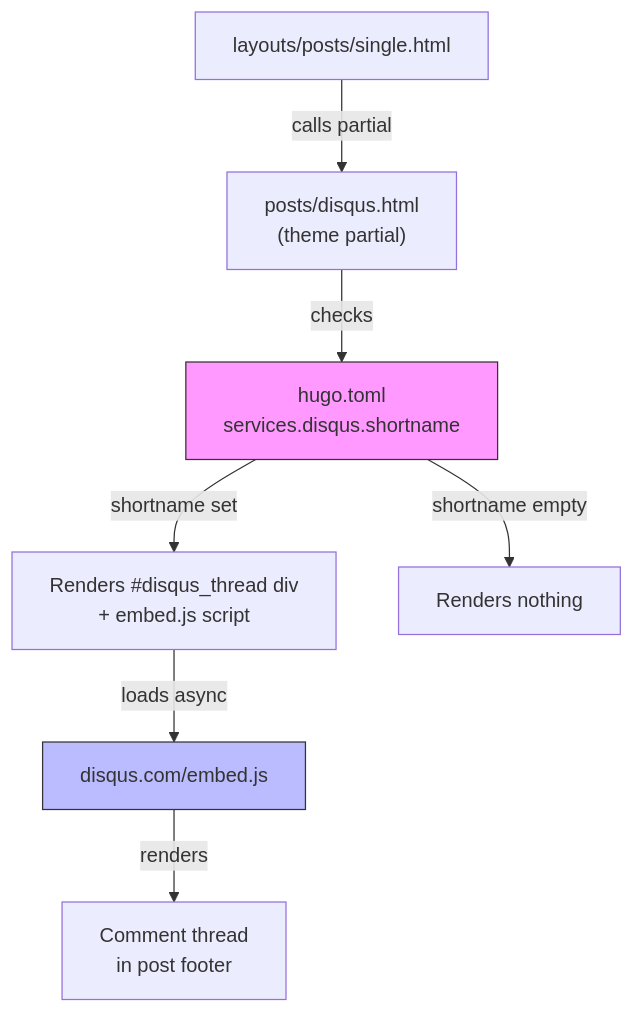
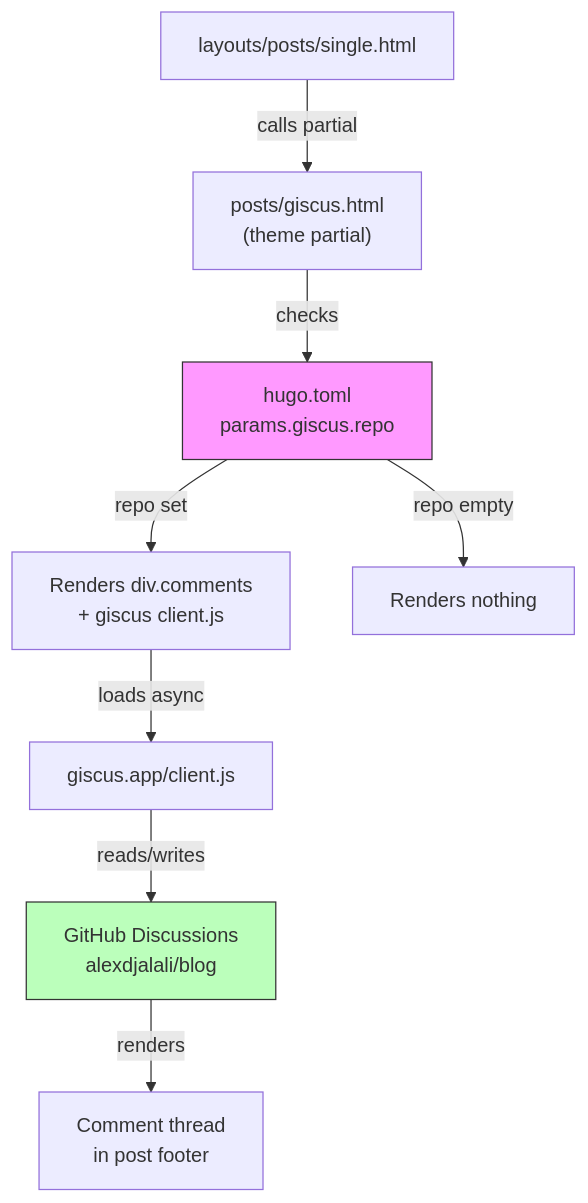
Before and after one commit to alexdjalali/blog: the diagram in docs/adr/0006-disqus-comments-integration.md, drawn with Mermaid. The commit also changed other lines of this file and 1 other file, not shown here.

First line of the commit message:
feat: replace Disqus with Giscus for ad-free GitHub-based comments

````diff
--- a/docs/adr/0006-disqus-comments-integration.md
+++ b/docs/adr/0006-disqus-comments-integration.md
@@ -37,12 +37,13 @@
 ```mermaid
 graph TD
-    A["layouts/posts/single.html"] -->|"calls partial"| B["posts/disqus.html<br/>(theme partial)"]
-    B -->|"checks"| C["hugo.toml<br/>services.disqus.shortname"]
-    C -->|"shortname set"| D["Renders #disqus_thread div<br/>+ embed.js script"]
-    C -->|"shortname empty"| E["Renders nothing"]
-    D -->|"loads async"| F["disqus.com/embed.js"]
-    F -->|"renders"| G["Comment thread<br/>in post footer"]
+    A["layouts/posts/single.html"] -->|"calls partial"| B["posts/giscus.html<br/>(theme partial)"]
+    B -->|"checks"| C["hugo.toml<br/>params.giscus.repo"]
+    C -->|"repo set"| D["Renders div.comments<br/>+ giscus client.js"]
+    C -->|"repo empty"| E["Renders nothing"]
+    D -->|"loads async"| F["giscus.app/client.js"]
+    F -->|"reads/writes"| G["GitHub Discussions<br/>alexdjalali/blog"]
+    G -->|"renders"| H["Comment thread<br/>in post footer"]
 
     style C fill:#f9f,stroke:#333
-    style F fill:#bbf,stroke:#333
+    style G fill:#bfb,stroke:#333
 ```
````
